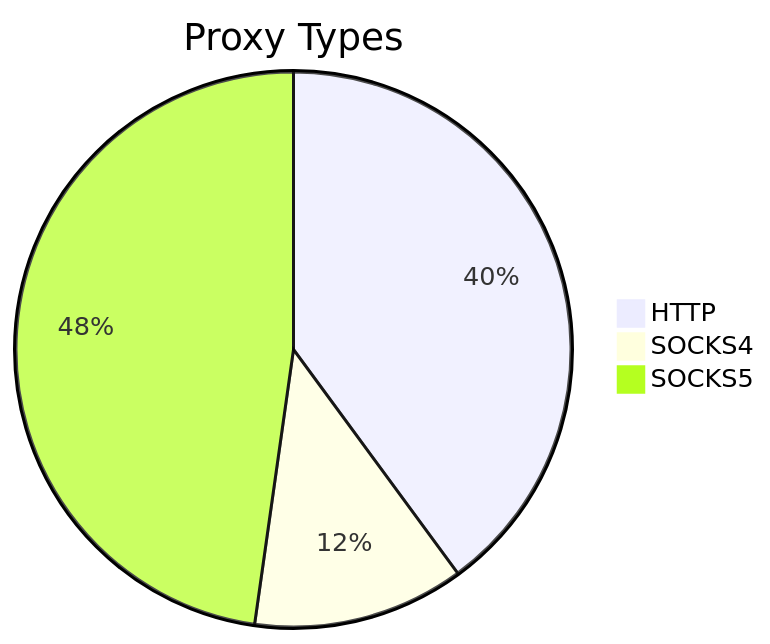
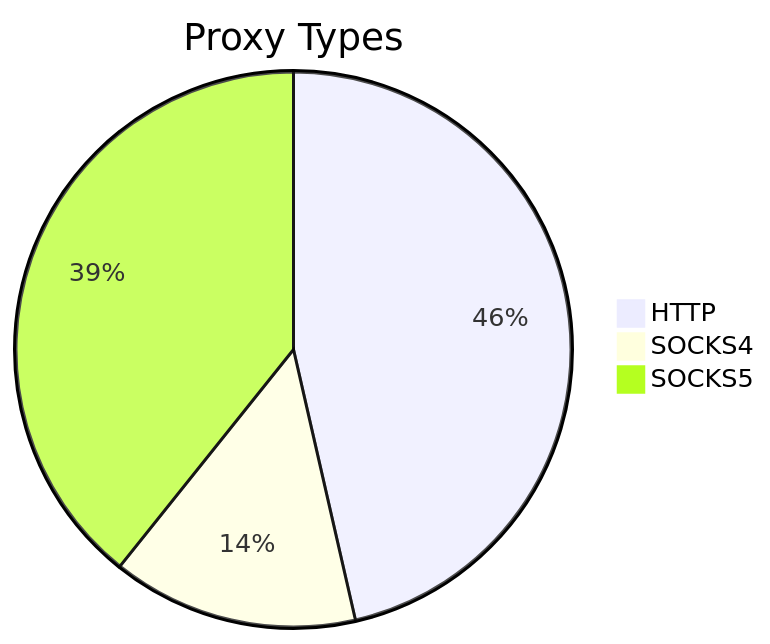
Before and after one commit to stormsia/proxy-list: the first of 2 diagrams in README.md, drawn with Mermaid. The commit also changed other lines of this file, not shown here.

````diff
--- a/README.md
+++ b/README.md
@@ -21,6 +21,6 @@
 ```mermaid
 pie title Proxy Types
-    "HTTP" : 107
-    "SOCKS4" : 33
-    "SOCKS5" : 128
+    "HTTP" : 149
+    "SOCKS4" : 46
+    "SOCKS5" : 126
 ```
````
